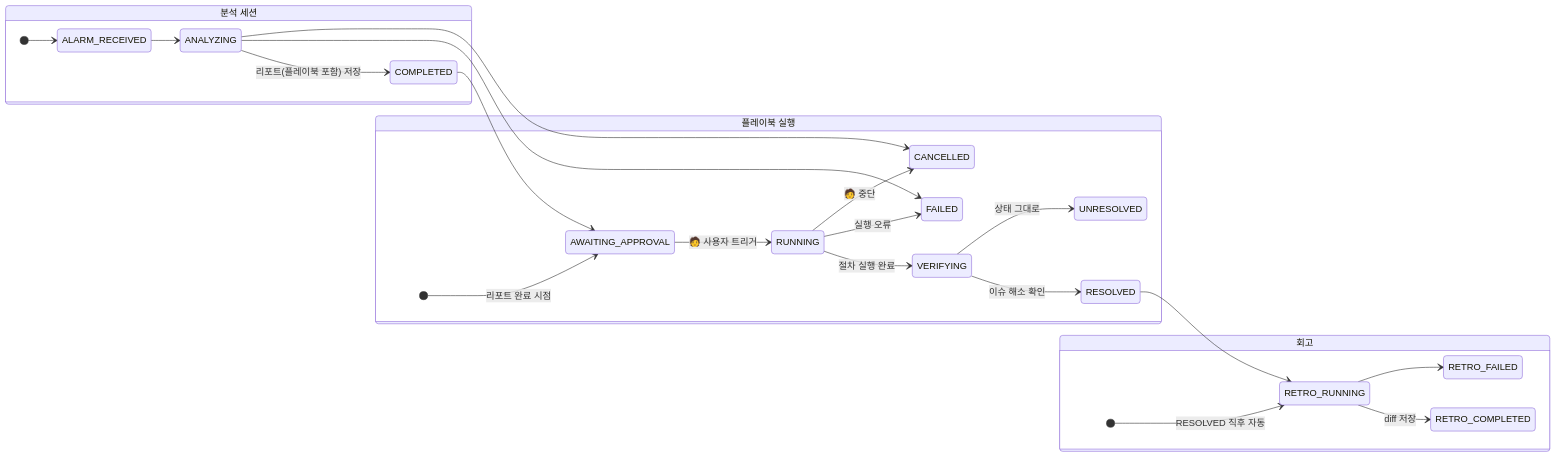
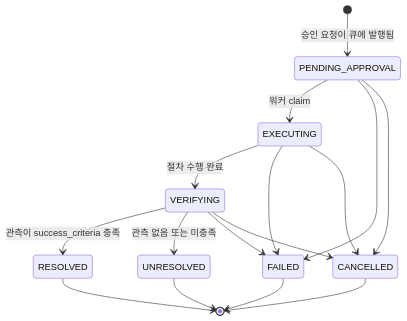
One commit to haandol/rca-agent changed the fourth of 4 diagrams in docs/rca-to-remediation-flow.md. Above: the diagram before and after it, drawn with Mermaid. The commit also changed other lines of this file and 7 other files, not shown here.

````diff
--- a/docs/rca-to-remediation-flow.md
+++ b/docs/rca-to-remediation-flow.md
@@ -259,31 +222,20 @@
 ```mermaid
 stateDiagram-v2
-    direction LR
+    [*] --> PENDING_APPROVAL: 승인 요청이 큐에 발행됨
+    PENDING_APPROVAL --> EXECUTING: 워커 claim
+    EXECUTING --> VERIFYING: 절차 수행 완료
+    VERIFYING --> RESOLVED: 관측이 success_criteria 충족
+    VERIFYING --> UNRESOLVED: 관측 없음 또는 미충족
 
-    state "분석 세션" as Analysis {
-        [*] --> ALARM_RECEIVED
-        ALARM_RECEIVED --> ANALYZING
-        ANALYZING --> COMPLETED: 리포트(플레이북 포함) 저장
-        ANALYZING --> FAILED
-        ANALYZING --> CANCELLED
-    }
+    PENDING_APPROVAL --> FAILED
+    PENDING_APPROVAL --> CANCELLED
+    EXECUTING --> FAILED
+    EXECUTING --> CANCELLED
+    VERIFYING --> FAILED
+    VERIFYING --> CANCELLED
 
-    state "플레이북 실행" as Exec {
-        [*] --> AWAITING_APPROVAL: 리포트 완료 시점
-        AWAITING_APPROVAL --> RUNNING: 🧑 사용자 트리거
-        RUNNING --> VERIFYING: 절차 실행 완료
-        VERIFYING --> RESOLVED: 이슈 해소 확인
-        VERIFYING --> UNRESOLVED: 상태 그대로
-        RUNNING --> FAILED: 실행 오류
-        RUNNING --> CANCELLED: 🧑 중단
-    }
-
-    state "회고" as Retro {
-        [*] --> RETRO_RUNNING: RESOLVED 직후 자동
-        RETRO_RUNNING --> RETRO_COMPLETED: diff 저장
-        RETRO_RUNNING --> RETRO_FAILED
-    }
-
-    COMPLETED --> AWAITING_APPROVAL
-    RESOLVED --> RETRO_RUNNING
+    RESOLVED --> [*]
+    UNRESOLVED --> [*]
+    FAILED --> [*]
+    CANCELLED --> [*]
 ```
````
